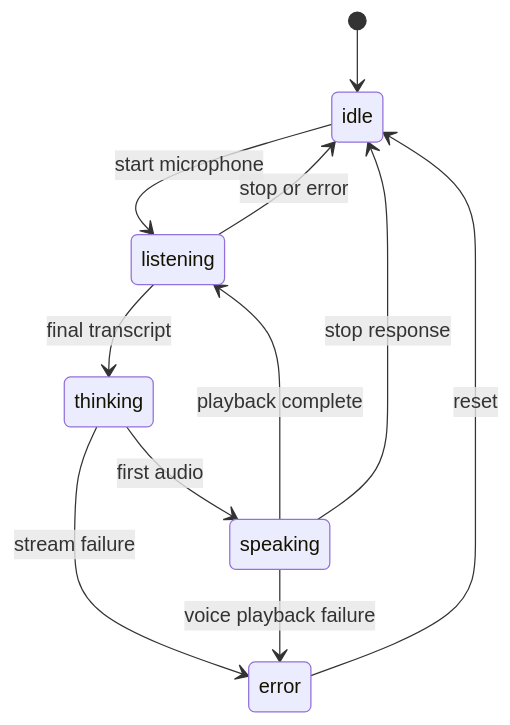
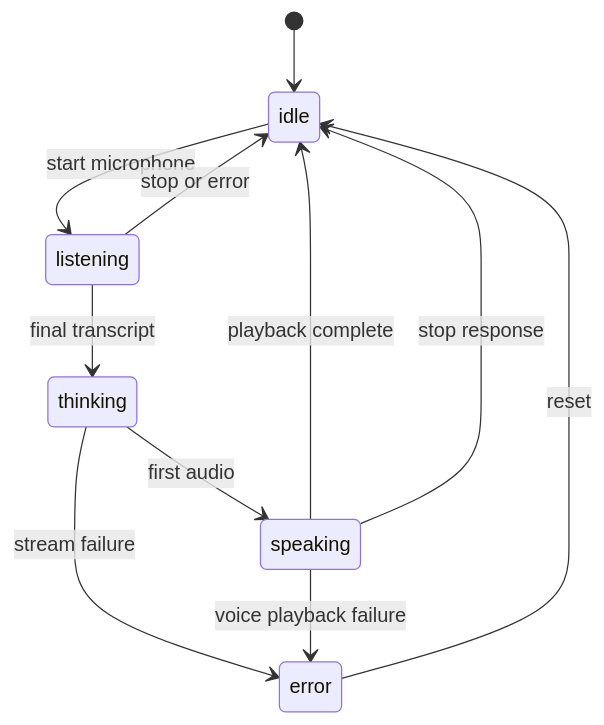
Before and after one commit to shantan1213/voice-pilot: the diagram in docs/04-frontend-architecture.md, drawn with Mermaid. The commit also changed other lines of this file and 51 other files, not shown here.

````diff
--- a/docs/04-frontend-architecture.md
+++ b/docs/04-frontend-architecture.md
@@ -9,13 +9,13 @@
 ```mermaid
 stateDiagram-v2
   [*] --> idle
   idle --> listening: start microphone
   listening --> thinking: final transcript
   thinking --> speaking: first audio
-  speaking --> listening: playback complete
+  speaking --> idle: playback complete
   speaking --> idle: stop response
   listening --> idle: stop or error
   thinking --> error: stream failure
   speaking --> error: voice playback failure
   error --> idle: reset
 ```
````
